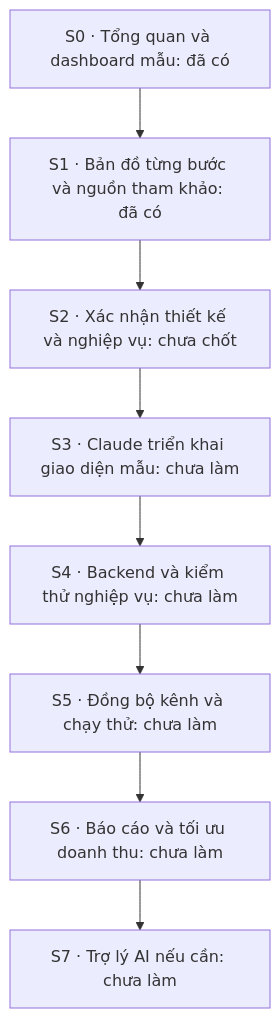
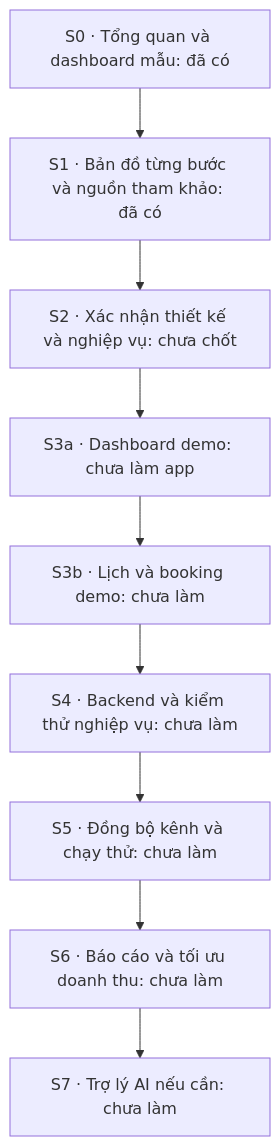
The diagram in resort-management/docs/IMPLEMENTATION-STEPS.md (utne1991/utne1991), drawn with Mermaid before and after one commit. The commit also changed other lines of this file and 20 other files, not shown here.

````diff
--- a/resort-management/docs/IMPLEMENTATION-STEPS.md
+++ b/resort-management/docs/IMPLEMENTATION-STEPS.md
@@ -5,10 +7,11 @@
 ```mermaid
 flowchart TD
     S0["S0 · Tổng quan và dashboard mẫu: đã có"] --> S1["S1 · Bản đồ từng bước và nguồn tham khảo: đã có"]
     S1 --> S2["S2 · Xác nhận thiết kế và nghiệp vụ: chưa chốt"]
-    S2 --> S3["S3 · Claude triển khai giao diện mẫu: chưa làm"]
-    S3 --> S4["S4 · Backend và kiểm thử nghiệp vụ: chưa làm"]
+    S2 --> S3A["S3a · Dashboard demo: chưa làm app"]
+    S3A --> S3B["S3b · Lịch và booking demo: chưa làm"]
+    S3B --> S4["S4 · Backend và kiểm thử nghiệp vụ: chưa làm"]
     S4 --> S5["S5 · Đồng bộ kênh và chạy thử: chưa làm"]
     S5 --> S6["S6 · Báo cáo và tối ưu doanh thu: chưa làm"]
     S6 --> S7["S7 · Trợ lý AI nếu cần: chưa làm"]
 ```
````
